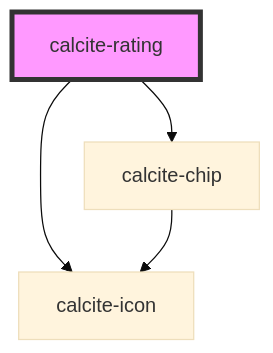
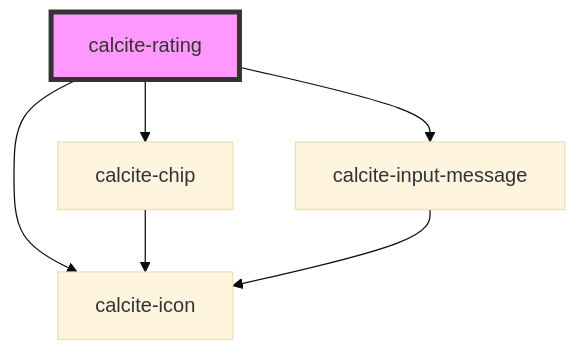
The diagram in packages/calcite-components/src/components/rating/readme.md (Esri/calcite-design-system), drawn with Mermaid (base theme) before and after one commit. The commit also changed other lines of this file and 25 other files, not shown here.

````diff
--- a/packages/calcite-components/src/components/rating/readme.md
+++ b/packages/calcite-components/src/components/rating/readme.md
@@ -53,7 +58,9 @@
 ```mermaid
 graph TD;
   calcite-rating --> calcite-chip
+  calcite-rating --> calcite-input-message
   calcite-rating --> calcite-icon
   calcite-chip --> calcite-icon
+  calcite-input-message --> calcite-icon
   style calcite-rating fill:#f9f,stroke:#333,stroke-width:4px
 ```
````
